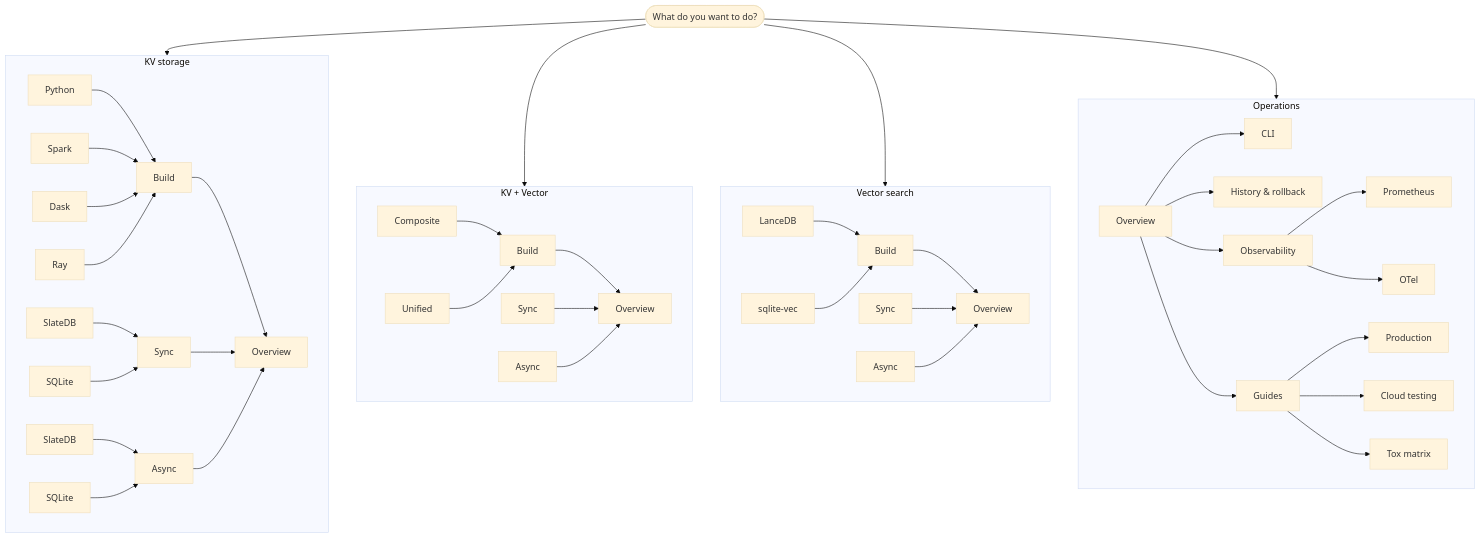
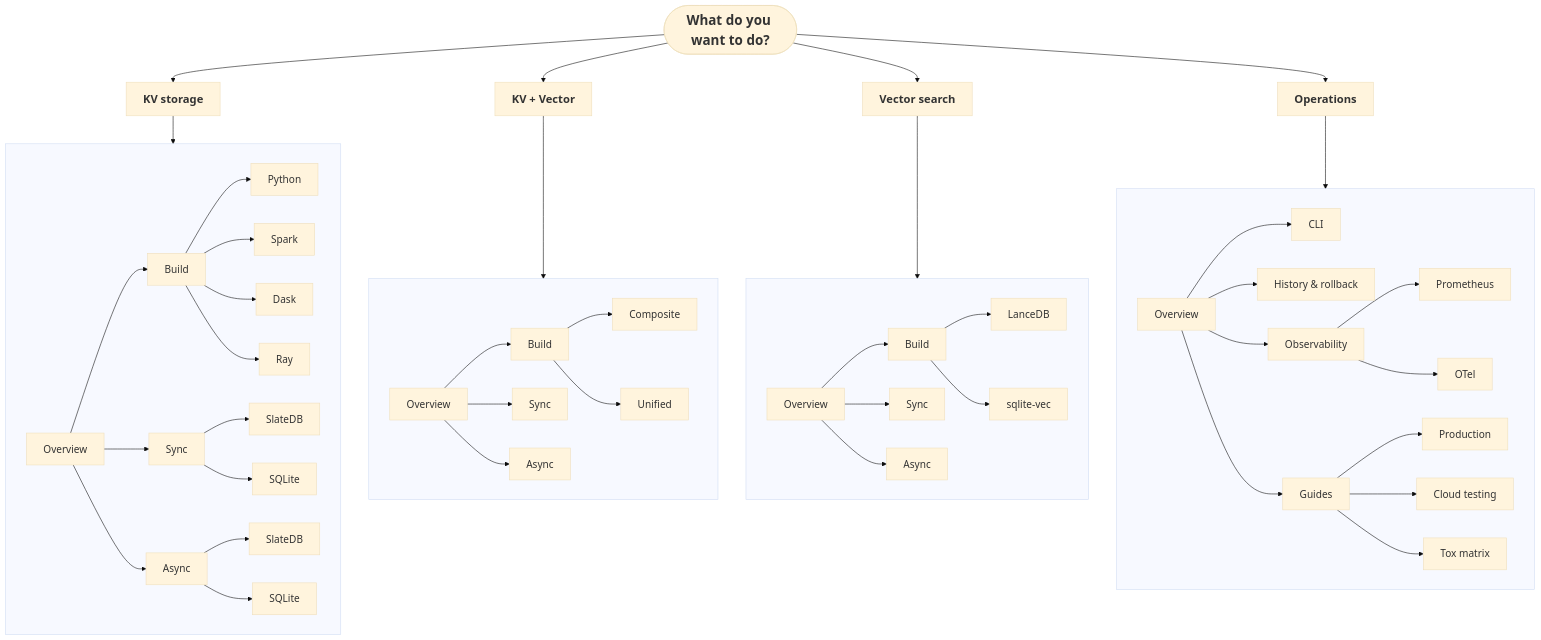
Before and after one commit to elkin/shardyfusion: the diagram in docs/index.md, drawn with Mermaid (base theme).

Commit message:
Improve use cases diagram

````diff
--- a/docs/index.md
+++ b/docs/index.md
@@ -19,71 +19,92 @@
 ```mermaid
 %%{init: {'flowchart': {'ranksep': 30, 'nodesep': 4}}}%%
 flowchart TD
+  classDef default font-size:18px
+
   ROOT([What do you want to do?])
+  style ROOT font-size:24px,font-weight:bold
 
-  ROOT --> kv
-  ROOT --> kvv
-  ROOT --> vec
-  ROOT --> op
+  KV_HDR[KV storage]
+  style KV_HDR font-size:20px,font-weight:bold
+  KVV_HDR[KV + Vector]
+  style KVV_HDR font-size:20px,font-weight:bold
+  VEC_HDR[Vector search]
+  style VEC_HDR font-size:20px,font-weight:bold
+  OP_HDR[Operations]
+  style OP_HDR font-size:20px,font-weight:bold
 
-  subgraph kv["KV storage"]
+  ROOT --> KV_HDR
+  ROOT --> KVV_HDR
+  ROOT --> VEC_HDR
+  ROOT --> OP_HDR
+
+  KV_HDR --> kv
+  KVV_HDR --> kvv
+  VEC_HDR --> vec
+  OP_HDR --> op
+
+  subgraph kv[" "]
+    direction LR
+    KV_OV[Overview]
+    KV_BUILD[Build]
+    KV_RD_SY[Sync]
+    KV_RD_AS[Async]
     KV_PY[Python]
     KV_SP[Spark]
     KV_DK[Dask]
     KV_RY[Ray]
-    KV_BUILD[Build]
-    KV_RD_SY[Sync]
-    KV_RD_AS[Async]
     KV_RD_SY_SL[SlateDB]
     KV_RD_SY_SQ[SQLite]
     KV_RD_AS_SL[SlateDB]
     KV_RD_AS_SQ[SQLite]
-    KV_OV[Overview]
 
-    KV_PY --> KV_BUILD
-    KV_SP --> KV_BUILD
-    KV_DK --> KV_BUILD
-    KV_RY --> KV_BUILD
-    KV_RD_SY_SL --> KV_RD_SY
-    KV_RD_SY_SQ --> KV_RD_SY
-    KV_RD_AS_SL --> KV_RD_AS
-    KV_RD_AS_SQ --> KV_RD_AS
-    KV_BUILD --> KV_OV
-    KV_RD_SY --> KV_OV
-    KV_RD_AS --> KV_OV
+    KV_OV --> KV_BUILD
+    KV_OV --> KV_RD_SY
+    KV_OV --> KV_RD_AS
+    KV_BUILD --> KV_PY
+    KV_BUILD --> KV_SP
+    KV_BUILD --> KV_DK
+    KV_BUILD --> KV_RY
+    KV_RD_SY --> KV_RD_SY_SL
+    KV_RD_SY --> KV_RD_SY_SQ
+    KV_RD_AS --> KV_RD_AS_SL
+    KV_RD_AS --> KV_RD_AS_SQ
   end
 
-  subgraph kvv["KV + Vector"]
-    KVV_CO[Composite]
-    KVV_UN[Unified]
+  subgraph kvv[" "]
+    direction LR
+    KVV_OV[Overview]
     KVV_BUILD[Build]
     KVV_RD_SY[Sync]
     KVV_RD_AS[Async]
-    KVV_OV[Overview]
+    KVV_CO[Composite]
+    KVV_UN[Unified]
 
-    KVV_CO --> KVV_BUILD
-    KVV_UN --> KVV_BUILD
-    KVV_BUILD --> KVV_OV
-    KVV_RD_SY --> KVV_OV
-    KVV_RD_AS --> KVV_OV
+    KVV_OV --> KVV_BUILD
+    KVV_OV --> KVV_RD_SY
+    KVV_OV --> KVV_RD_AS
+    KVV_BUILD --> KVV_CO
+    KVV_BUILD --> KVV_UN
   end
 
-  subgraph vec["Vector search"]
-    VEC_LN[LanceDB]
-    VEC_SV[sqlite-vec]
+  subgraph vec[" "]
+    direction LR
+    VEC_OV[Overview]
     VEC_BUILD[Build]
     VEC_RD_SY[Sync]
     VEC_RD_AS[Async]
-    VEC_OV[Overview]
+    VEC_LN[LanceDB]
+    VEC_SV[sqlite-vec]
 
-    VEC_LN --> VEC_BUILD
-    VEC_SV --> VEC_BUILD
-    VEC_BUILD --> VEC_OV
-    VEC_RD_SY --> VEC_OV
-    VEC_RD_AS --> VEC_OV
+    VEC_OV --> VEC_BUILD
+    VEC_OV --> VEC_RD_SY
+    VEC_OV --> VEC_RD_AS
+    VEC_BUILD --> VEC_LN
+    VEC_BUILD --> VEC_SV
   end
 
-  subgraph op["Operations"]
+  subgraph op[" "]
+    direction LR
     OP_OV[Overview]
     OP_CLI[CLI]
     OP_HIST[History &amp; rollback]
````
